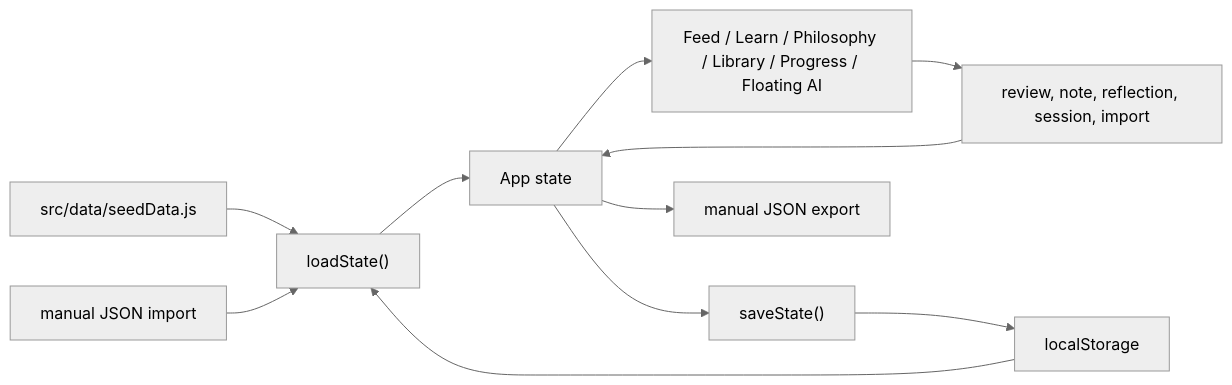
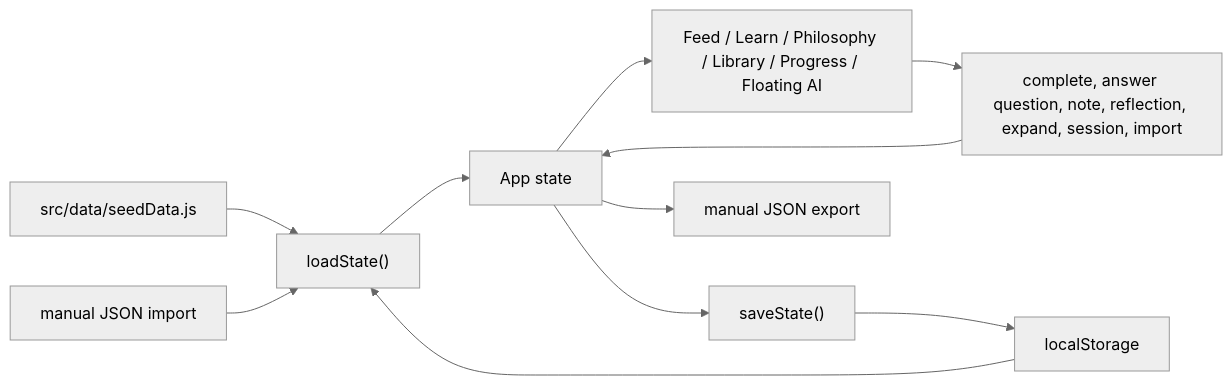
The first of 2 diagrams in project-docs/ARCHITECTURE.md (Tuckerb62/leaderman), drawn with Mermaid (neutral theme) before and after one commit. The commit also changed other lines of this file and 23 other files, not shown here.

````diff
--- a/project-docs/ARCHITECTURE.md
+++ b/project-docs/ARCHITECTURE.md
@@ -113,13 +114,13 @@
 ```mermaid
 flowchart LR
   Seed["src/data/seedData.js"] --> Load["loadState()"]
   Browser["localStorage"] --> Load
   Load --> React["App state"]
   React --> Views["Feed / Learn / Philosophy / Library / Progress / Floating AI"]
-  Views --> Actions["review, note, reflection, session, import"]
+  Views --> Actions["complete, answer question, note, reflection, expand, session, import"]
   Actions --> React
   React --> Save["saveState()"]
   Save --> Browser
   React --> Export["manual JSON export"]
   Import["manual JSON import"] --> Load
 ```
````
